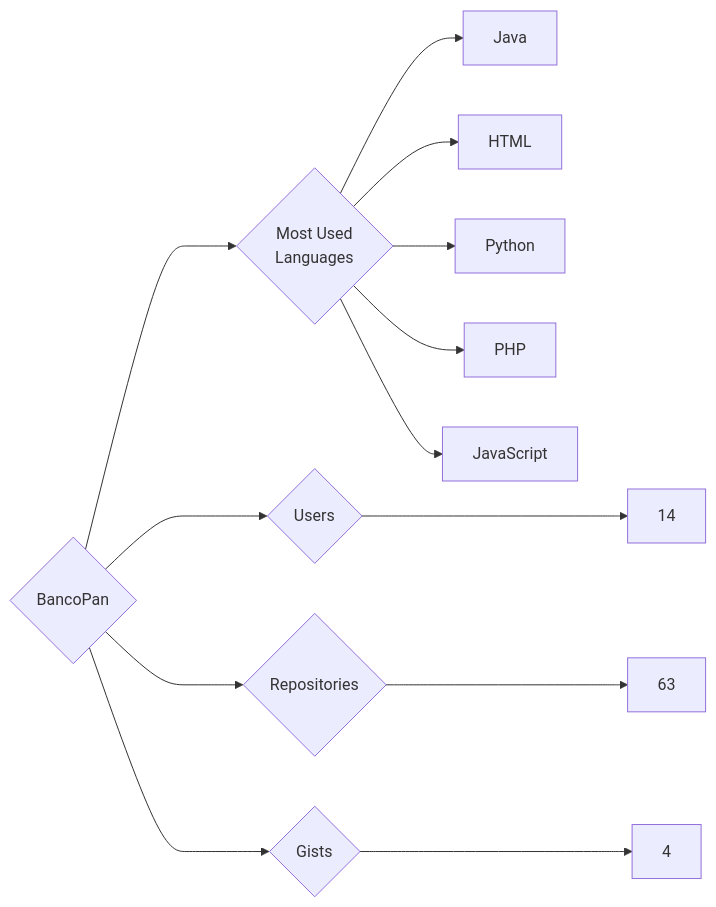
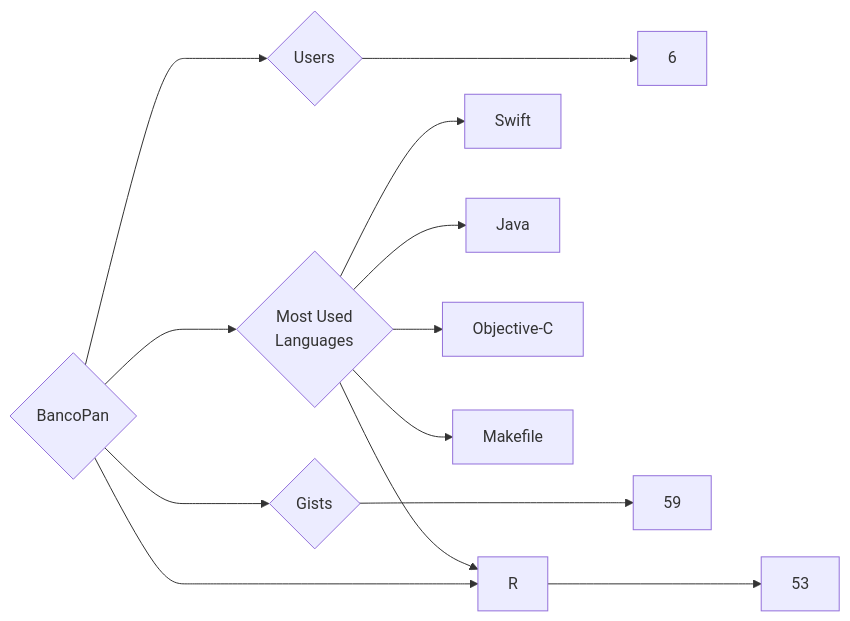
One commit to trickest/insiders changed the diagram in targets/BancoPan/README.md. Above: the diagram before and after it, drawn with Mermaid. The commit also changed 860 other files, not shown here.

````diff
--- a/targets/BancoPan/README.md
+++ b/targets/BancoPan/README.md
@@ -3,13 +3,13 @@
 ```mermaid
 graph LR
 COMPANY_NAME{BancoPan}
-COMPANY_NAME ---> U{Users} ---> UN[14]
-COMPANY_NAME ---> R{Repositories} ---> RN[63]
-COMPANY_NAME ---> G{Gists} ---> GN[4]
+COMPANY_NAME ---> U{Users} ---> UN[6]
+COMPANY_NAME ---> R{Repositories} ---> RN[53]
+COMPANY_NAME ---> G{Gists} ---> GN[59]
 COMPANY_NAME ---> ML{Most Used<br>Languages}
+ML --> Swift[Swift]
 ML --> Java[Java]
-ML --> HTML[HTML]
-ML --> Python[Python]
-ML --> PHP[PHP]
-ML --> JavaScript[JavaScript]
+ML --> R[R]
+ML --> Objective-C[Objective-C]
+ML --> Makefile[Makefile]
 ```
````
